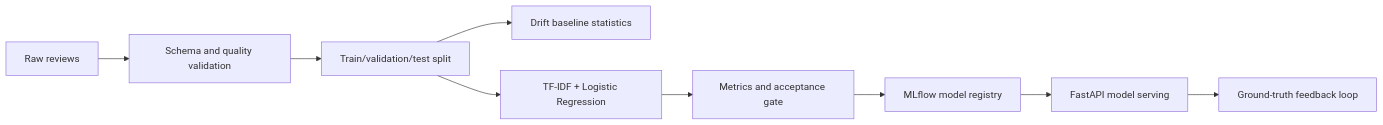
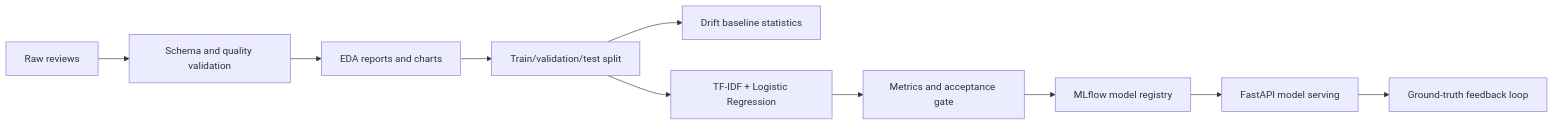
One commit to AkshayAmbekar26/da5402-final-project changed the third of 3 diagrams in docs/architecture.md. Above: the diagram before and after it, drawn with Mermaid. The commit also changed other lines of this file and 27 other files, not shown here.

````diff
--- a/docs/architecture.md
+++ b/docs/architecture.md
@@ -57,11 +57,12 @@
 ```mermaid
 flowchart LR
   Raw["Raw reviews"] --> Validate["Schema and quality validation"]
-  Validate --> Split["Train/validation/test split"]
+  Validate --> EDA["EDA reports and charts"]
+  EDA --> Split["Train/validation/test split"]
   Split --> Baseline["Drift baseline statistics"]
   Split --> Train["TF-IDF + Logistic Regression"]
   Train --> Evaluate["Metrics and acceptance gate"]
   Evaluate --> Registry["MLflow model registry"]
   Registry --> Serve["FastAPI model serving"]
   Serve --> Feedback["Ground-truth feedback loop"]
 ```
````
